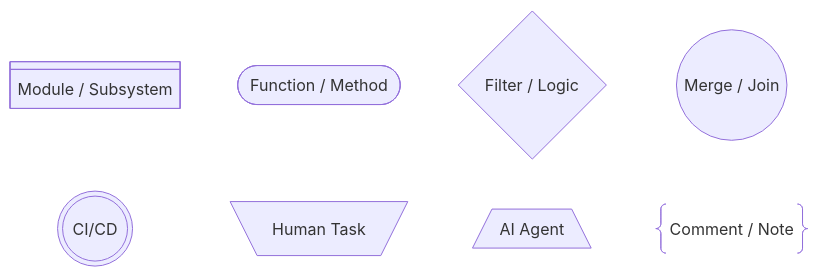
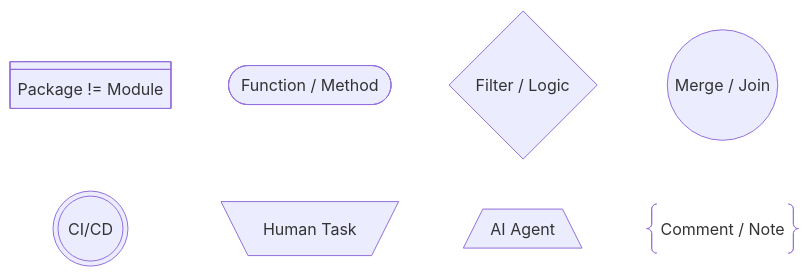
Before and after one commit to vinnylg/leafletslm: the second of 4 diagrams in docs/architecture/standards.md, drawn with Mermaid. The commit also changed 42 other files, not shown here.

````diff
--- a/docs/architecture/standards.md
+++ b/docs/architecture/standards.md
@@ -71,17 +71,17 @@
 ```mermaid
 flowchart LR
 
-    Mod@{ shape: div-rect, label: "Module / Subsystem" }
+    Mod@{ shape: div-rect, label: "Package != Module" }
     Fun([Function / Method])
     If{Filter / Logic}
     Join((Merge / Join))
     End(((CI/CD)))
 
     Human[\Human Task/]
     AI[/AI Agent\]
     Note@{ shape: braces, label: "Comment / Note" }
 
     Mod ~~~ Fun ~~~ If ~~~ Join 
     End ~~~ Human ~~~ AI ~~~ Note
 
 ```
````
